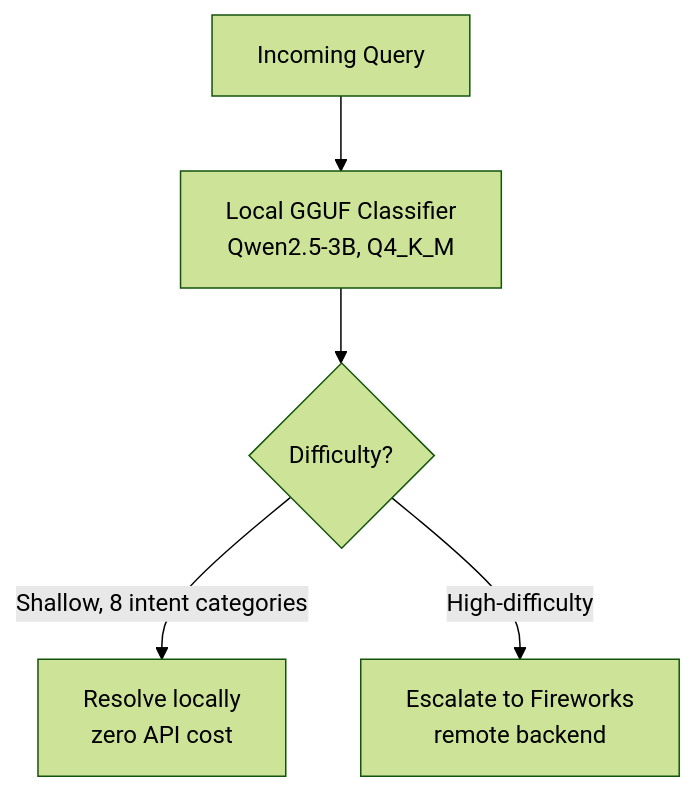
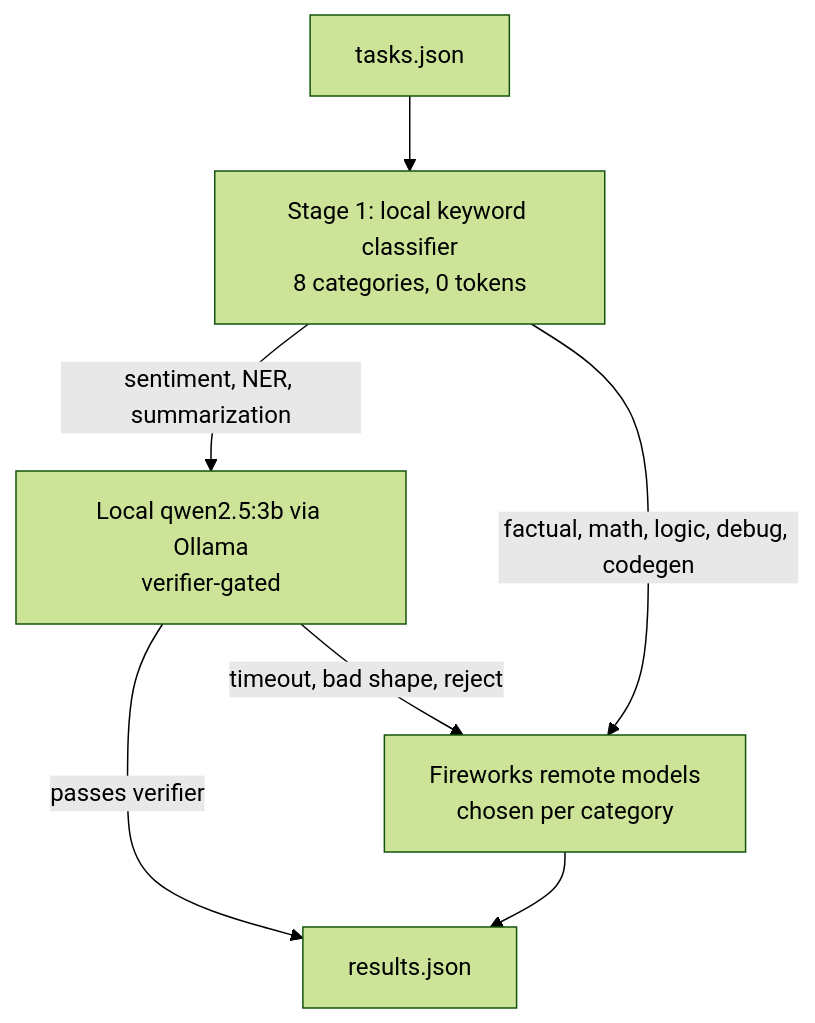
The diagram in content/work/projects/hybrid-router-vinci-monsoon.md (JubayerONROB/JubayerONROB.github.io), drawn with Mermaid (forest theme) before and after one commit. The commit also changed other lines of this file and 10 other files, not shown here.

````diff
--- a/content/work/projects/hybrid-router-vinci-monsoon.md
+++ b/content/work/projects/hybrid-router-vinci-monsoon.md
@@ -31,7 +31,9 @@
 ```mermaid
 flowchart TD
-    A[Incoming Query] --> B[Local GGUF Classifier<br/>Qwen2.5-3B, Q4_K_M]
-    B --> C{Difficulty?}
-    C -- Shallow, 8 intent categories --> D[Resolve locally<br/>zero API cost]
-    C -- High-difficulty --> E[Escalate to Fireworks<br/>remote backend]
+    A[tasks.json] --> B[Stage 1: local keyword classifier<br/>8 categories, 0 tokens]
+    B -- sentiment, NER, summarization --> C[Local qwen2.5:3b via Ollama<br/>verifier-gated]
+    C -- passes verifier --> F[results.json]
+    C -- timeout, bad shape, reject --> D
+    B -- factual, math, logic, debug, codegen --> D[Fireworks remote models<br/>chosen per category]
+    D --> F
 ```
````
